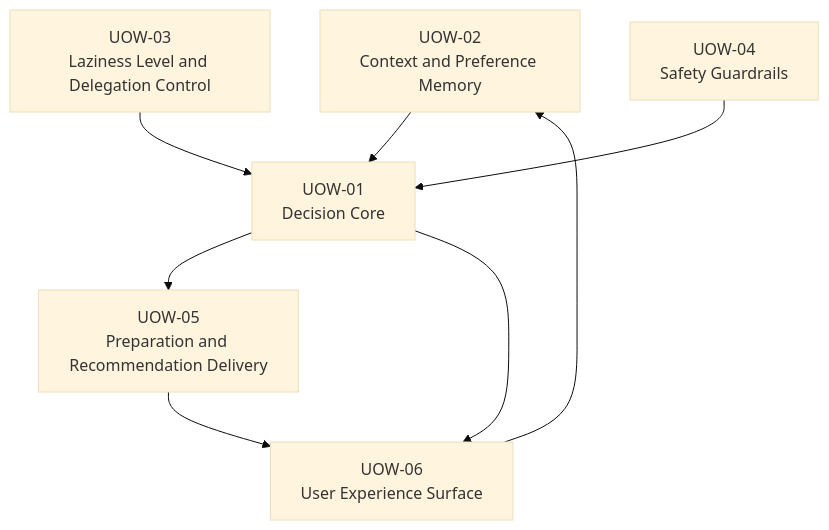
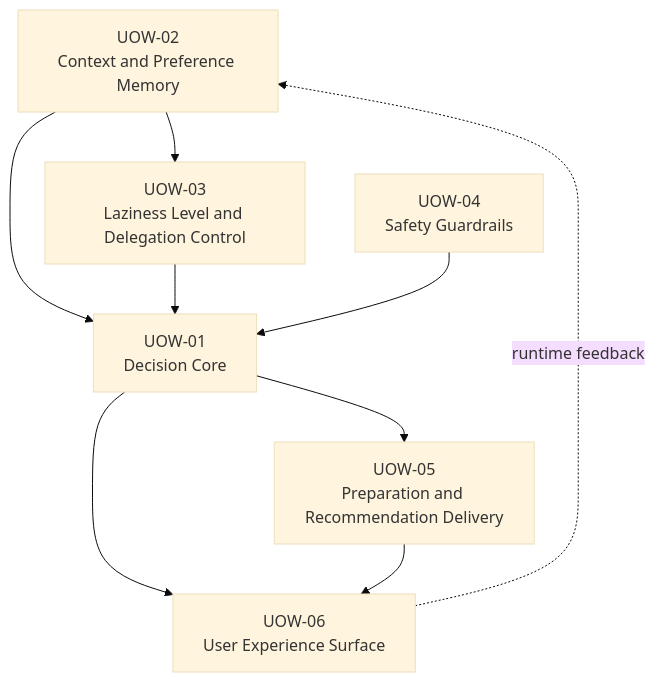
Before and after one commit to muto0124/hackathon: the diagram in aidlc-docs/inception/application-design/unit-of-work-dependency.md, drawn with Mermaid (base theme). The commit also changed other lines of this file and 3 other files, not shown here.

````diff
--- a/aidlc-docs/inception/application-design/unit-of-work-dependency.md
+++ b/aidlc-docs/inception/application-design/unit-of-work-dependency.md
@@ -5,10 +7,11 @@
 ```mermaid
 flowchart TD
     U2["UOW-02<br/>Context and Preference Memory"] --> U1["UOW-01<br/>Decision Core"]
     U3["UOW-03<br/>Laziness Level and Delegation Control"] --> U1
     U4["UOW-04<br/>Safety Guardrails"] --> U1
+    U2 --> U3
     U1 --> U5["UOW-05<br/>Preparation and Recommendation Delivery"]
     U1 --> U6["UOW-06<br/>User Experience Surface"]
     U5 --> U6
-    U6 --> U2
+    U6 -. "runtime feedback" .-> U2
 ```
````
